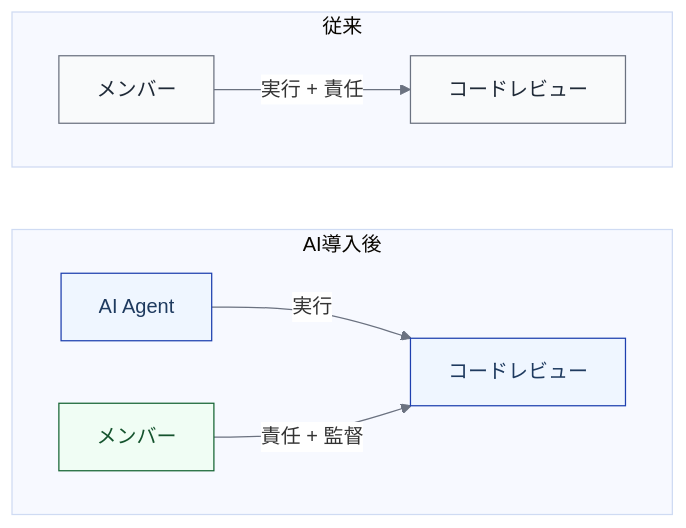
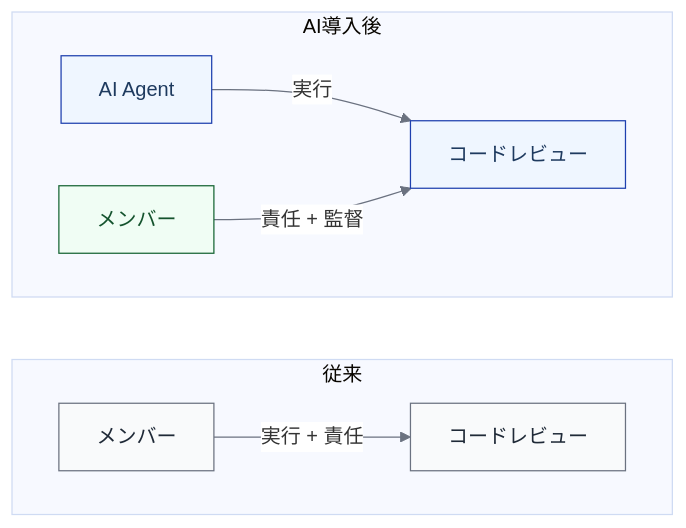
Before and after one commit to fujiya228/ai-native-se-model-docs: the diagram in src/content/docs/introduction/model-goals.mdx, drawn with Mermaid. The commit also changed other lines of this file and 27 other files, not shown here.

First line of the commit message:
docs: writing-tipsに従って個数表現・用語・比較図の左右順序などを修正

````diff
--- a/src/content/docs/introduction/model-goals.mdx
+++ b/src/content/docs/introduction/model-goals.mdx
@@ -53,18 +53,18 @@
 ```mermaid
 %%{init: {'theme': 'base', 'themeVariables': {'lineColor': '#6b7280', 'edgeLabelBackground': '#ffffff'}}}%%
 flowchart LR
+    subgraph before["従来"]
+        direction LR
+        H1["メンバー"]:::neutral -->|"実行 + 責任"| R1["コードレビュー"]:::neutral
+    end
+
     subgraph after["AI導入後"]
         direction LR
         AI["AI Agent"]:::tobe -->|"実行"| R2["コードレビュー"]:::tobe
         H2["メンバー"]:::control -->|"責任 + 監督"| R2
     end
 
-    subgraph before["従来"]
-        direction LR
-        H1["メンバー"]:::neutral -->|"実行 + 責任"| R1["コードレビュー"]:::neutral
-    end
-
     classDef neutral fill:#f9fafb,stroke:#6b7280,color:#1f2937
     classDef tobe fill:#eff6ff,stroke:#1e40af,color:#1e3a5f
     classDef control fill:#f0fdf4,stroke:#166534,color:#14532d
 ```
````
